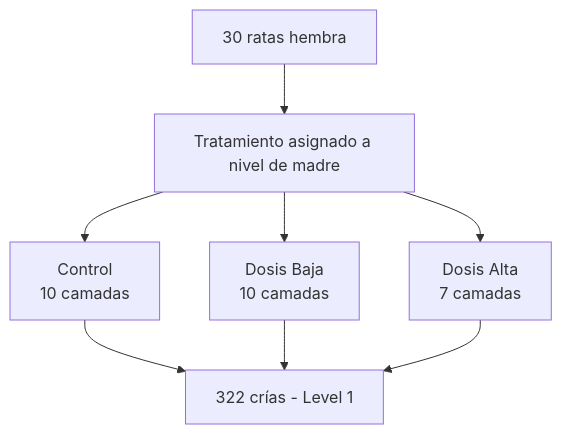
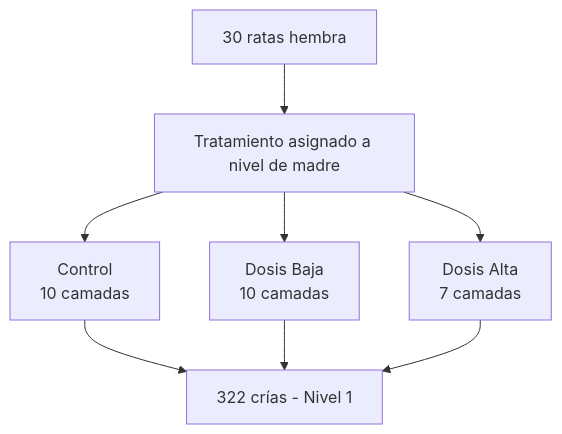
The first of 2 diagrams in two-level-clusters/index.qmd (elenalazo20/Mixed-models), drawn with Mermaid before and after one commit. The commit also changed other lines of this file and 7 other files, not shown here.

````diff
--- a/two-level-clusters/index.qmd
+++ b/two-level-clusters/index.qmd
@@ -59,10 +60,10 @@
 ```{mermaid}
 flowchart TD
     A[30 ratas hembra] --> B[Tratamiento asignado a nivel de madre]
     B --> C[Control\n10 camadas]
     B --> D[Dosis Baja\n10 camadas]
     B --> E[Dosis Alta\n7 camadas]
-    C --> F[322 crías - Level 1]
+    C --> F[322 crías - Nivel 1]
     D --> F
     E --> F
 ```
````
